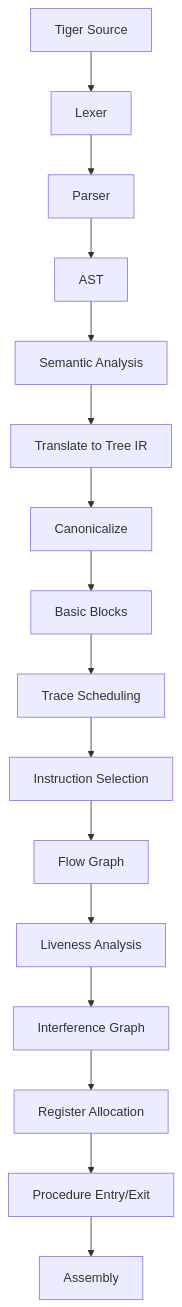
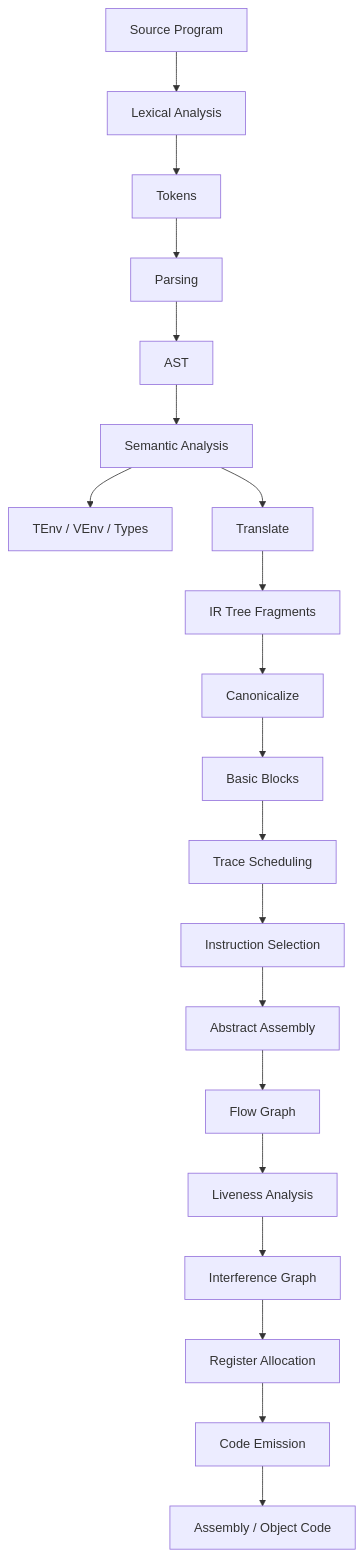
One commit to ForeverHYX/compiler-review-notes changed the diagram in 15_完整编译器串联.md. Above: the diagram before and after it, drawn with Mermaid. The commit also changed other lines of this file and 4 other files, not shown here.

````diff
--- a/15_完整编译器串联.md
+++ b/15_完整编译器串联.md
@@ -16,18 +65,22 @@
 ```mermaid
 flowchart TD
-  A[Tiger Source] --> B[Lexer]
-  B --> C[Parser]
-  C --> D[AST]
-  D --> E[Semantic Analysis]
-  E --> F[Translate to Tree IR]
-  F --> G[Canonicalize]
-  G --> H[Basic Blocks]
-  H --> I[Trace Scheduling]
-  I --> J[Instruction Selection]
-  J --> K[Flow Graph]
-  K --> L[Liveness Analysis]
-  L --> M[Interference Graph]
-  M --> N[Register Allocation]
-  N --> O[Procedure Entry/Exit]
-  O --> P[Assembly]
+  S[Source Program] --> L[Lexical Analysis]
+  L --> T[Tokens]
+  T --> P[Parsing]
+  P --> A[AST]
+  A --> Sem[Semantic Analysis]
+  Sem --> Env[TEnv / VEnv / Types]
+  Sem --> Tr[Translate]
+  Tr --> IR[IR Tree Fragments]
+  IR --> Can[Canonicalize]
+  Can --> BB[Basic Blocks]
+  BB --> Trace[Trace Scheduling]
+  Trace --> IS[Instruction Selection]
+  IS --> Asm[Abstract Assembly]
+  Asm --> CFG[Flow Graph]
+  CFG --> Live[Liveness Analysis]
+  Live --> IG[Interference Graph]
+  IG --> RA[Register Allocation]
+  RA --> Emit[Code Emission]
+  Emit --> Out[Assembly / Object Code]
 ```
````
